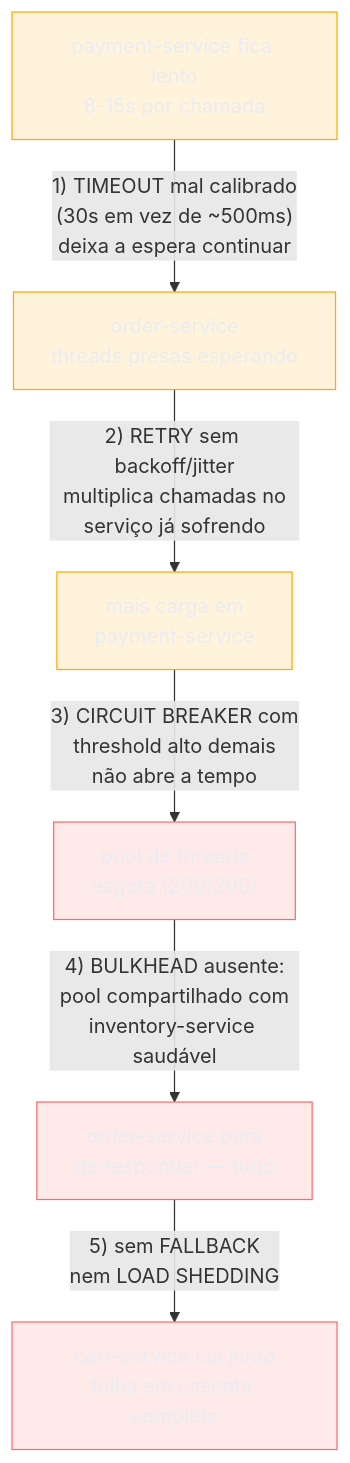
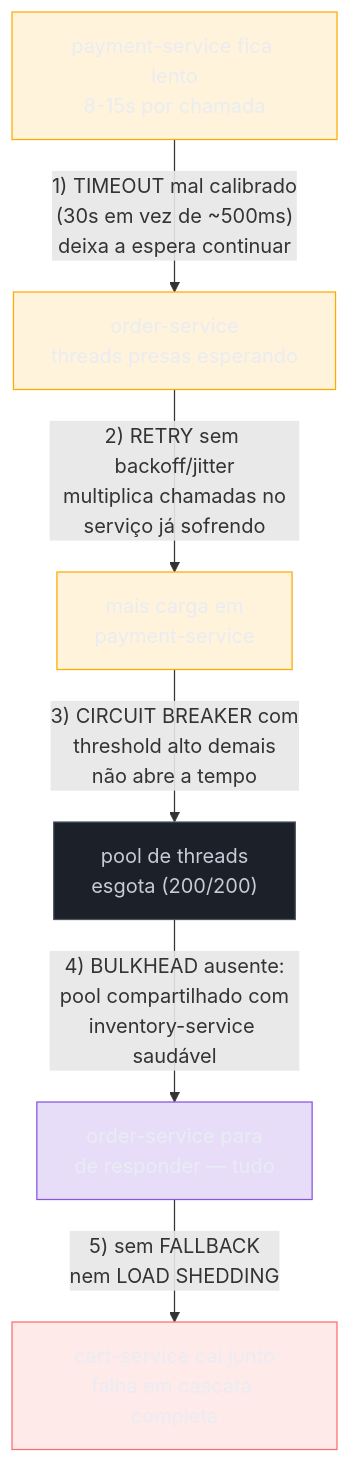
The first of 4 diagrams in 03-Dominios/Engenharia/Operação/3 - Rodar em produção/06 - Resiliência operacional.md (josenaldo/codex-technomanticus), drawn with Mermaid before and after one commit. The commit also changed other lines of this file and 601 other files, not shown here.

````diff
--- a/03-Dominios/Engenharia/Operação/3 - Rodar em produção/06 - Resiliência operacional.md
+++ b/03-Dominios/Engenharia/Operação/3 - Rodar em produção/06 - Resiliência operacional.md
@@ -35,17 +35,19 @@
 ```mermaid
 graph TD
+    classDef marca fill:#8855DF33,stroke:#8855DF,color:#E9ECF2
+    classDef neutro fill:#1B2029,stroke:#4E5666,color:#C6CCD8
     classDef destaque fill:#FFAA0024,stroke:#FFAA00,color:#E9ECF2
     classDef falha fill:#FF6B6B24,stroke:#FF6B6B,color:#E9ECF2
     A["payment-service fica lento<br/>8-15s por chamada"] -->|"1) TIMEOUT mal calibrado<br/>(30s em vez de ~500ms)<br/>deixa a espera continuar"| B["order-service<br/>threads presas esperando"]
     B -->|"2) RETRY sem backoff/jitter<br/>multiplica chamadas no<br/>serviço já sofrendo"| C["mais carga em<br/>payment-service"]
     C -->|"3) CIRCUIT BREAKER com<br/>threshold alto demais<br/>não abre a tempo"| D["pool de threads<br/>esgota (200/200)"]
     D -->|"4) BULKHEAD ausente:<br/>pool compartilhado com<br/>inventory-service saudável"| E["order-service para<br/>de responder — tudo"]
     E -->|"5) sem FALLBACK<br/>nem LOAD SHEDDING"| F["cart-service cai junto<br/>falha em cascata completa"]
 
     class A destaque
     class B destaque
     class C destaque
-    class D falha
-    class E falha
+    class D neutro
+    class E marca
     class F falha
 ```
````
